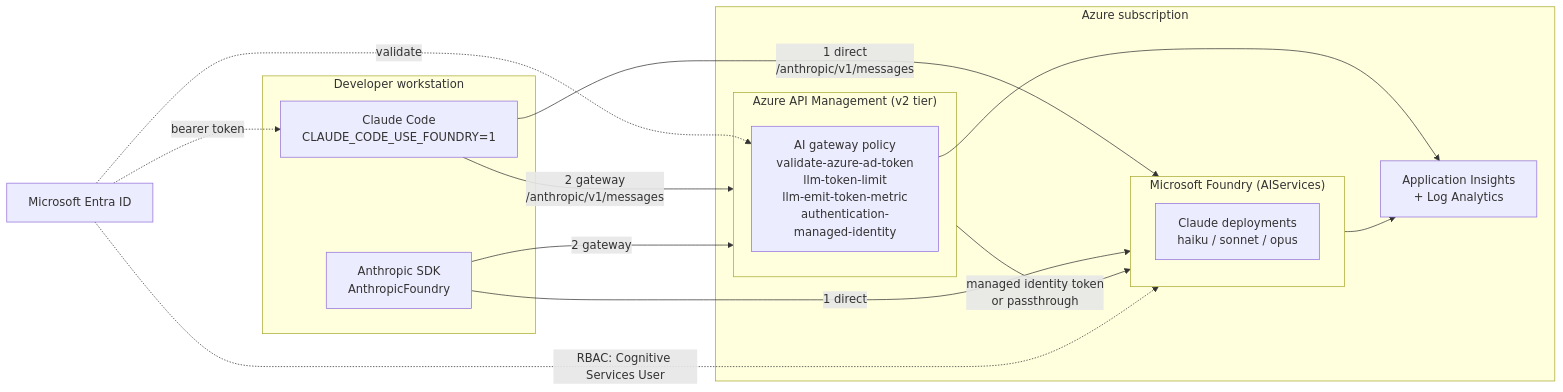
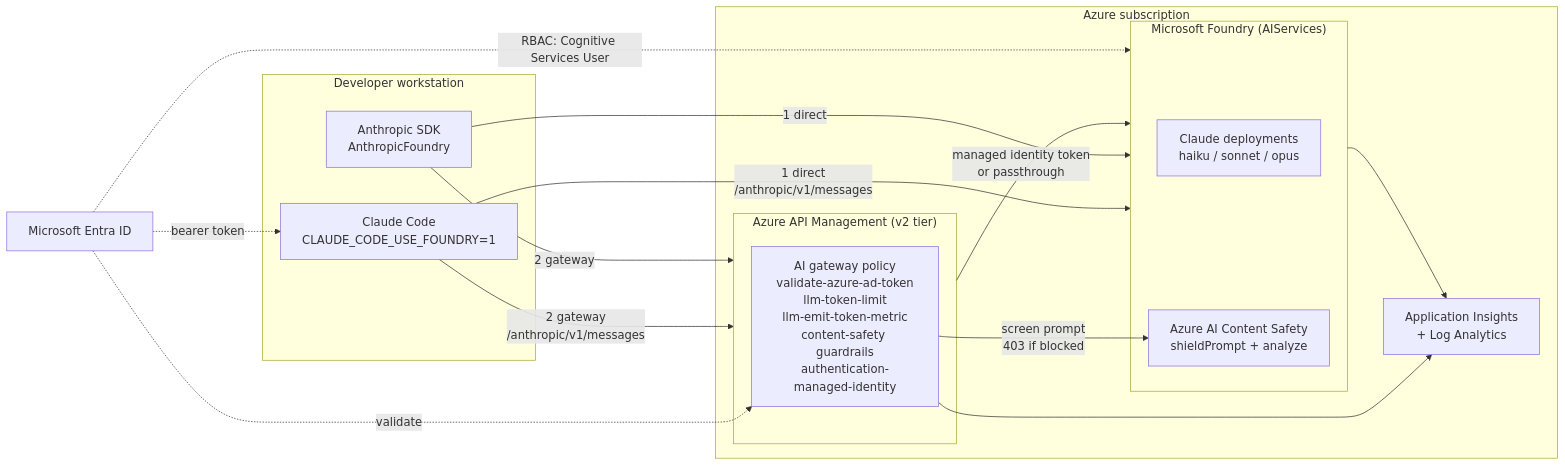
Before and after one commit to san360/foundry-claude-gateway: the diagram in README.md, drawn with Mermaid. The commit also changed other lines of this file and 13 other files, not shown here.

````diff
--- a/README.md
+++ b/README.md
@@ -17,30 +17,32 @@
 ```mermaid
 flowchart LR
     subgraph Client["Developer workstation"]
         CC["Claude Code<br/>CLAUDE_CODE_USE_FOUNDRY=1"]
         SDK["Anthropic SDK<br/>AnthropicFoundry"]
     end
 
     subgraph Azure["Azure subscription"]
         subgraph APIM["Azure API Management (v2 tier)"]
-            POL["AI gateway policy<br/>validate-azure-ad-token<br/>llm-token-limit<br/>llm-emit-token-metric<br/>authentication-managed-identity"]
+            POL["AI gateway policy<br/>validate-azure-ad-token<br/>llm-token-limit<br/>llm-emit-token-metric<br/>content-safety guardrails<br/>authentication-managed-identity"]
         end
         subgraph FDY["Microsoft Foundry (AIServices)"]
             DEP["Claude deployments<br/>haiku / sonnet / opus"]
+            CS["Azure AI Content Safety<br/>shieldPrompt + analyze"]
         end
         AI["Application Insights<br/>+ Log Analytics"]
     end
 
     ENTRA["Microsoft Entra ID"]
 
     CC -- "1 direct<br/>/anthropic/v1/messages" --> FDY
     SDK -- "1 direct" --> FDY
     CC -- "2 gateway<br/>/anthropic/v1/messages" --> APIM
     SDK -- "2 gateway" --> APIM
+    POL -- "screen prompt<br/>403 if blocked" --> CS
     APIM -- "managed identity token<br/>or passthrough" --> FDY
     ENTRA -. "bearer token" .-> CC
     ENTRA -. "validate" .-> POL
     ENTRA -. "RBAC: Cognitive Services User" .-> FDY
     POL --> AI
     FDY --> AI
 ```
````
